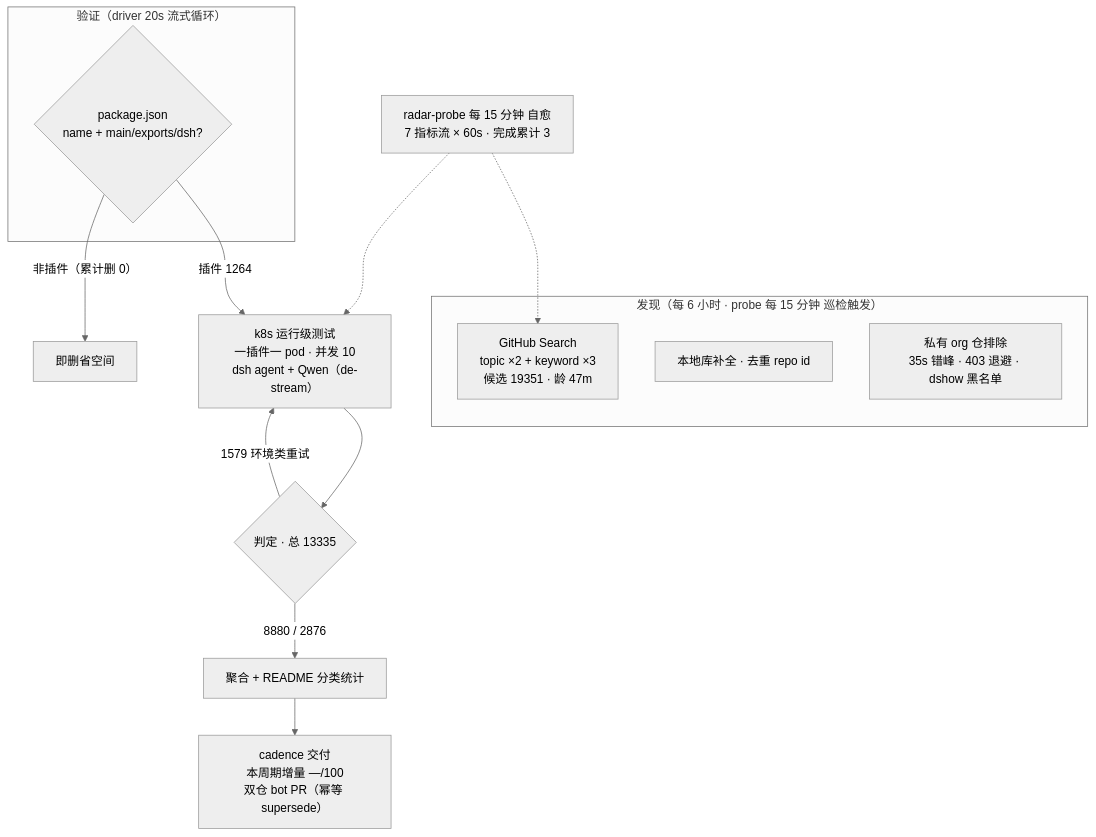
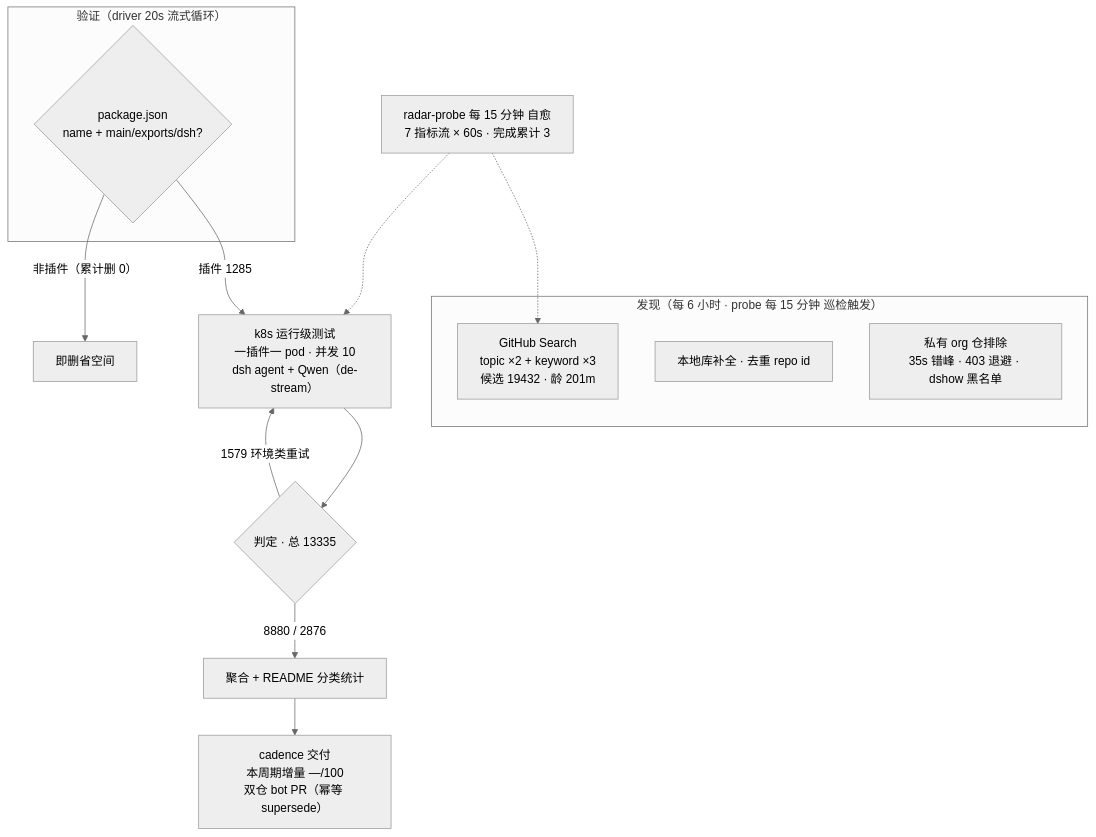
One commit to AdamPlatin123/dsh-plugin-radar changed the diagram in README.md. Above: the diagram before and after it, drawn with Mermaid (neutral theme). The commit also changed other lines of this file and 18 other files, not shown here.

````diff
--- a/README.md
+++ b/README.md
@@ -52,20 +52,20 @@
 ```mermaid
 flowchart TB
     subgraph Discovery["发现（每 6 小时 · probe 每 15 分钟 巡检触发）"]
-        A1["GitHub Search<br/>topic ×2 + keyword ×3<br/>候选 19351 · 龄 47m"]
+        A1["GitHub Search<br/>topic ×2 + keyword ×3<br/>候选 19432 · 龄 201m"]
         A2["本地库补全 · 去重 repo id"]
         A3["私有 org 仓排除<br/>35s 错峰 · 403 退避 · dshow 黑名单"]
     end
     subgraph Validation["验证（driver 20s 流式循环）"]
         B1{"package.json<br/>name + main/exports/dsh?"}
     end
-    B1 -->|"插件 1264"| C1["k8s 运行级测试<br/>一插件一 pod · 并发 10<br/>dsh agent + Qwen（de-stream）"]
+    B1 -->|"插件 1285"| C1["k8s 运行级测试<br/>一插件一 pod · 并发 10<br/>dsh agent + Qwen（de-stream）"]
     B1 -->|"非插件（累计删 0）"| B3["即删省空间"]
     C1 --> D1{"判定 · 总 13335"}
     D1 -->|"8880 / 2876"| E1["聚合 + README 分类统计"]
     D1 -->|"1579 环境类重试"| C1
     E1 --> E2["cadence 交付<br/>本周期增量 —/100<br/>双仓 bot PR（幂等 supersede）"]
     M["radar-probe 每 15 分钟 自愈<br/>7 指标流 × 60s · 完成累计 3"]
     M -.-> A1
     M -.-> C1
 ```
````
